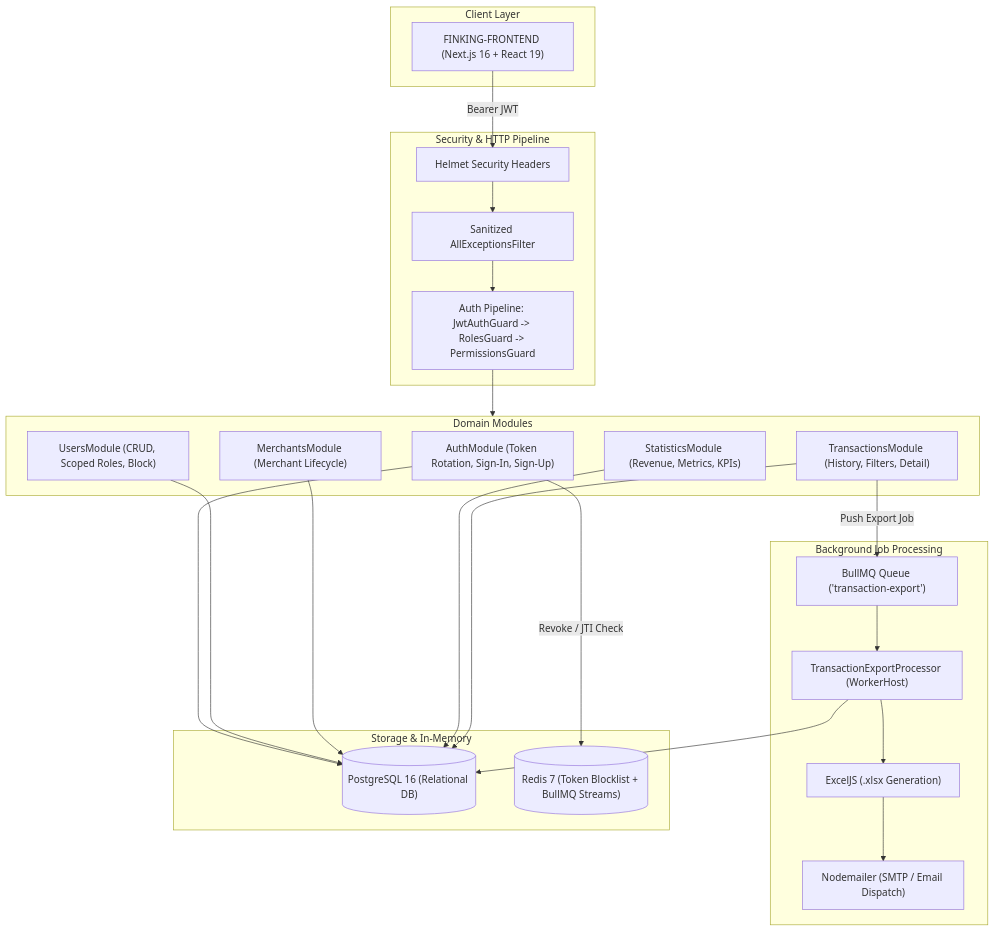
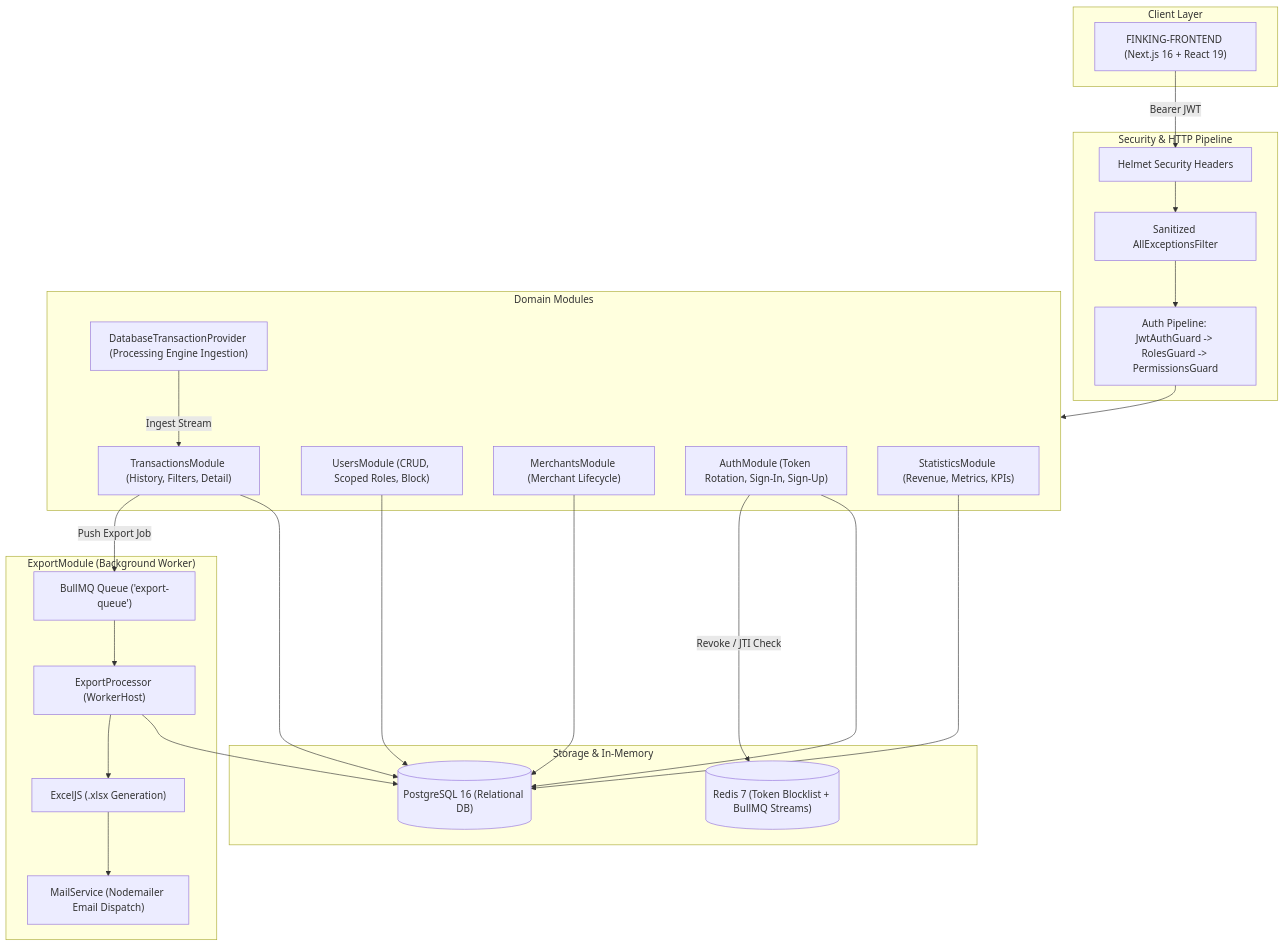
Before and after one commit to swe-rashad/FINKING-BACKEND: the diagram in README.md, drawn with Mermaid. The commit also changed other lines of this file, not shown here.

Commit message:
docs: add DatabaseTransactionProvider to architecture diagram and capabilities

````diff
--- a/README.md
+++ b/README.md
@@ -21,50 +21,52 @@
 ```mermaid
 flowchart TB
   subgraph Client ["Client Layer"]
     FE["FINKING-FRONTEND (Next.js 16 + React 19)"]
   end
 
   subgraph Gateway ["Security & HTTP Pipeline"]
     Helmet["Helmet Security Headers"]
     Filter["Sanitized AllExceptionsFilter"]
     Guards["Auth Pipeline: JwtAuthGuard -> RolesGuard -> PermissionsGuard"]
   end
 
   subgraph Modules ["Domain Modules"]
     Auth["AuthModule (Token Rotation, Sign-In, Sign-Up)"]
     Users["UsersModule (CRUD, Scoped Roles, Block)"]
     Merchants["MerchantsModule (Merchant Lifecycle)"]
+    TxProvider["DatabaseTransactionProvider (Processing Engine Ingestion)"]
     Transactions["TransactionsModule (History, Filters, Detail)"]
     Statistics["StatisticsModule (Revenue, Metrics, KPIs)"]
   end
 
-  subgraph AsyncWorker ["Background Job Processing"]
-    Queue["BullMQ Queue ('transaction-export')"]
-    Worker["TransactionExportProcessor (WorkerHost)"]
+  subgraph AsyncWorker ["ExportModule (Background Worker)"]
+    Queue["BullMQ Queue ('export-queue')"]
+    Worker["ExportProcessor (WorkerHost)"]
     Excel["ExcelJS (.xlsx Generation)"]
-    Mail["Nodemailer (SMTP / Email Dispatch)"]
+    Mail["MailService (Nodemailer Email Dispatch)"]
   end
 
   subgraph DataStores ["Storage & In-Memory"]
     Postgres[("PostgreSQL 16 (Relational DB)")]
     Redis[("Redis 7 (Token Blocklist + BullMQ Streams)")]
   end
 
   FE -->|Bearer JWT| Helmet
   Helmet --> Filter
   Filter --> Guards
   Guards --> Modules
 
   Auth --> Postgres
   Auth -->|Revoke / JTI Check| Redis
   Users --> Postgres
   Merchants --> Postgres
+  TxProvider -->|Ingest Stream| Transactions
+  Transactions --> Postgres
   Statistics --> Postgres
 
-  Transactions --> Postgres
   Transactions -->|Push Export Job| Queue
   Queue --> Worker
   Worker --> Postgres
   Worker --> Excel
   Excel --> Mail
 ```
````
